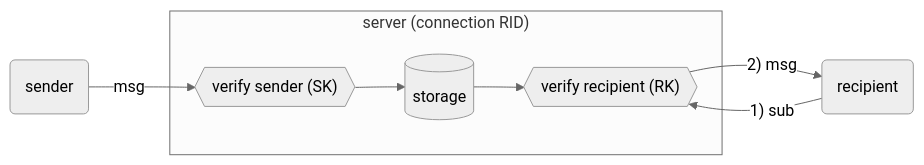
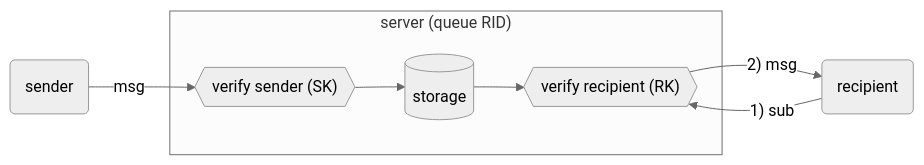
One commit to simplex-chat/simplex-chat changed the diagram in diagrams/simplex-messaging/simplex.mmd. Above: the diagram before and after it, drawn with Mermaid (neutral theme). The commit also changed 6 other files, not shown here.

Commit message:
update protocol to use term "queue" to mean "SMP connection", CONN -> NEW

```diff
--- a/diagrams/simplex-messaging/simplex.mmd
+++ b/diagrams/simplex-messaging/simplex.mmd
@@ -1,11 +1,11 @@
 graph LR
   VS{{"verify sender (SK)"}}
   VR{{"verify recipient (RK)"}}
 
   S(sender) -->|msg| VS
-  subgraph "server (connection RID)"
+  subgraph "server (queue RID)"
     VS --> DB[("storage")]
     DB --> VR
   end
   R(recipient) -->|"1) sub"| VR
   VR -->|"2) msg"| R
```
